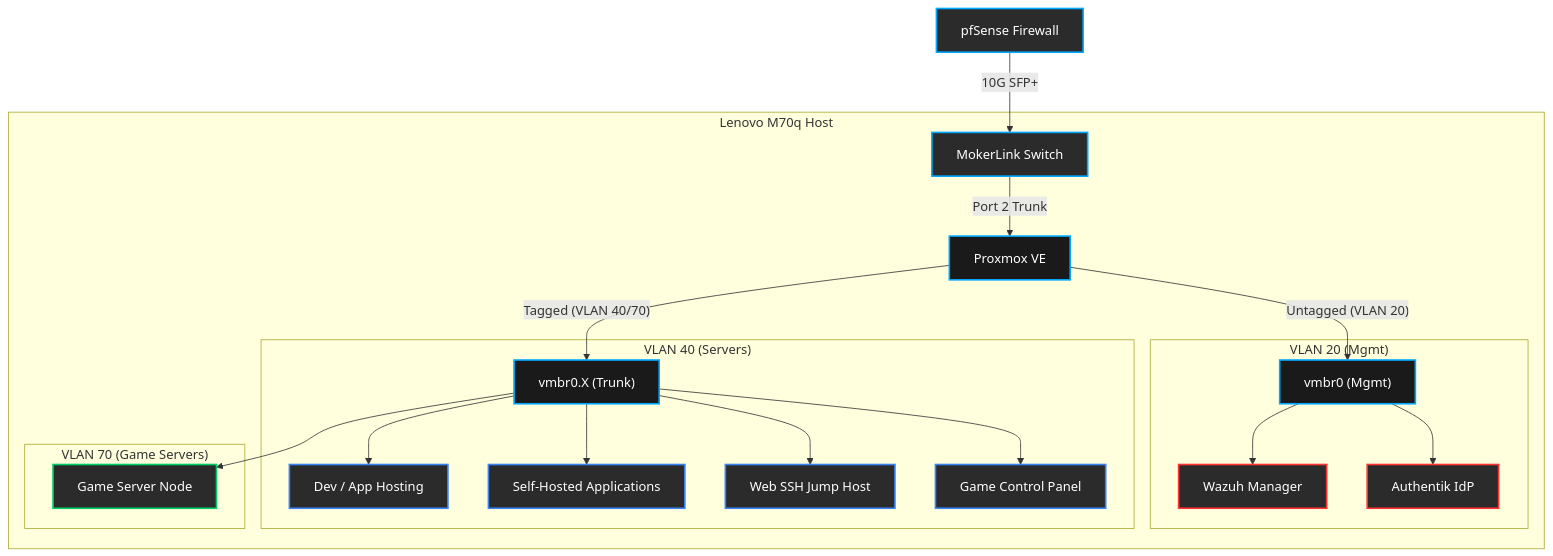
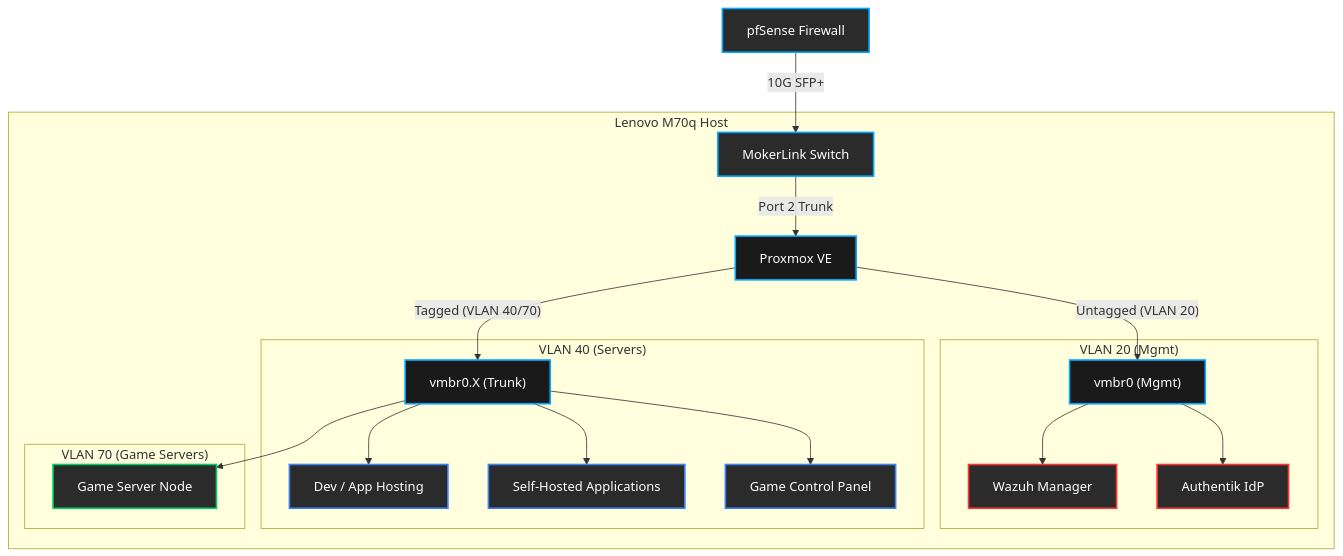
Before and after one commit to gurvinny/home-network-lab: the diagram in network-core/proxmox-networking.md, drawn with Mermaid. The commit also changed other lines of this file and 2 other files, not shown here.

Commit message:
docs: soften administrative access disclosure
Describes the admin alias by its enforcement pattern rather than by the specific
scope it reaches, and drops the SSH gateway from the published service
inventory. The design rationale is unchanged; the operational detail is not
something a public repository needs to carry.

````diff
--- a/network-core/proxmox-networking.md
+++ b/network-core/proxmox-networking.md
@@ -54,35 +53,34 @@
 ```mermaid
 graph TD
     %% Styling for dark hacker theme
     classDef firewall fill:#2b2b2b,stroke:#00a8ff,stroke-width:2px,color:#ffffff
     classDef switch fill:#2b2b2b,stroke:#00a8ff,stroke-width:2px,color:#ffffff
     classDef proxmox fill:#1a1a1a,stroke:#00a8ff,stroke-width:2px,color:#ffffff
     classDef vmMgmt fill:#2b2b2b,stroke:#ff3333,stroke-width:2px,color:#ffffff
     classDef vmServer fill:#2b2b2b,stroke:#3b82f6,stroke-width:2px,color:#ffffff
     classDef vmGame fill:#2b2b2b,stroke:#00cc66,stroke-width:2px,color:#ffffff
 
     FW["pfSense Firewall"]:::firewall -->|"10G SFP+"| SW["MokerLink Switch"]:::switch
 
     subgraph "Lenovo M70q Host"
         SW -->|"Port 2 Trunk"| PVE["Proxmox VE"]:::proxmox
 
         PVE -->|"Untagged (VLAN 20)"| MGMT_BR["vmbr0 (Mgmt)"]:::proxmox
         PVE -->|"Tagged (VLAN 40/70)"| VLAN_BR["vmbr0.X (Trunk)"]:::proxmox
 
         subgraph "VLAN 20 (Mgmt)"
             MGMT_BR --> WAZUH["Wazuh Manager"]:::vmMgmt
             MGMT_BR --> AUTH["Authentik IdP"]:::vmMgmt
         end
 
         subgraph "VLAN 40 (Servers)"
             VLAN_BR --> DEV["Dev / App Hosting"]:::vmServer
             VLAN_BR --> APPS["Self-Hosted Applications"]:::vmServer
-            VLAN_BR --> JUMP["Web SSH Jump Host"]:::vmServer
             VLAN_BR --> PANEL["Game Control Panel"]:::vmServer
         end
 
         subgraph "VLAN 70 (Game Servers)"
             VLAN_BR --> GAME["Game Server Node"]:::vmGame
         end
     end
 ```
````
